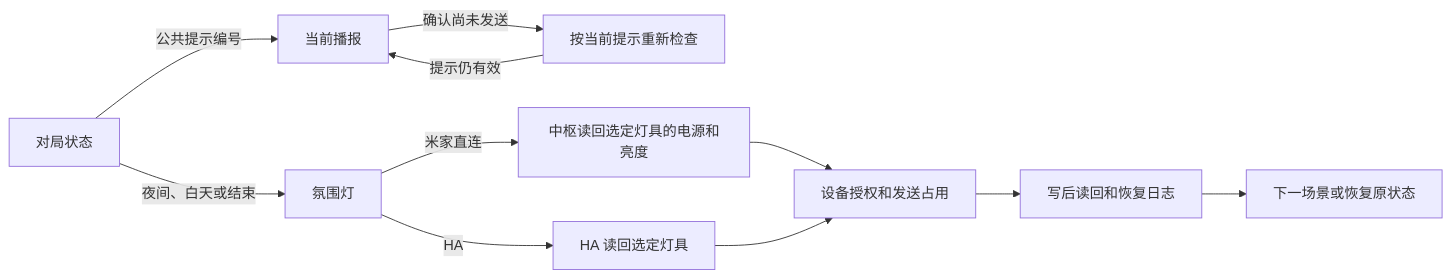
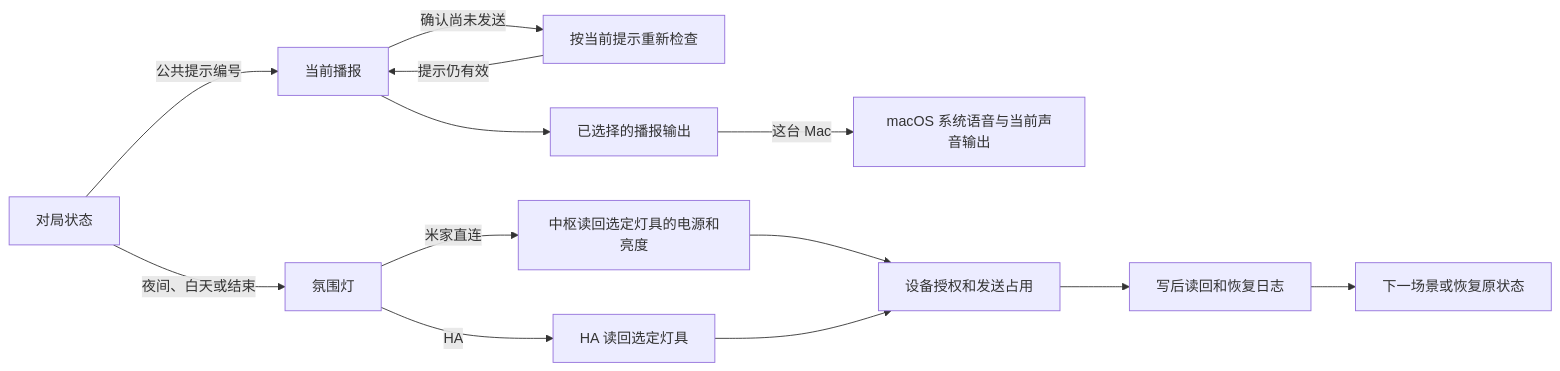
One commit to Geeprox/Friday changed diagram 38 of 44 in docs/architecture.md. Above: the diagram before and after it, drawn with Mermaid. The commit also changed other lines of this file and 13 other files, not shown here.

````diff
--- a/docs/architecture.md
+++ b/docs/architecture.md
@@ -755,13 +755,15 @@
 ```mermaid
 flowchart LR
   G[对局状态] -->|公共提示编号| V[当前播报]
   V -->|确认尚未发送| C[按当前提示重新检查]
   C -->|提示仍有效| V
+  V --> O[已选择的播报输出]
+  O -->|这台 Mac| S[macOS 系统语音与当前声音输出]
   G -->|夜间、白天或结束| L[氛围灯]
   L -->|米家直连| M[中枢读回选定灯具的电源和亮度]
   L -->|HA| H[HA 读回选定灯具]
   M --> A[设备授权和发送占用]
   H --> A
   A --> R[写后读回和恢复日志]
   R --> N[下一场景或恢复原状态]
 ```
````
